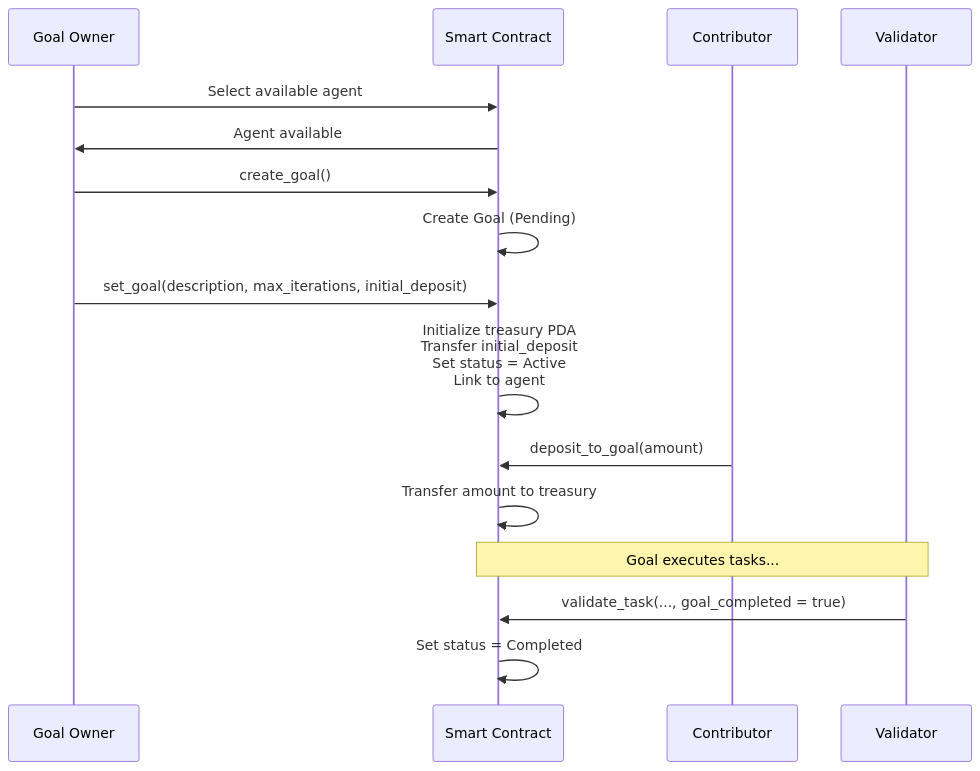
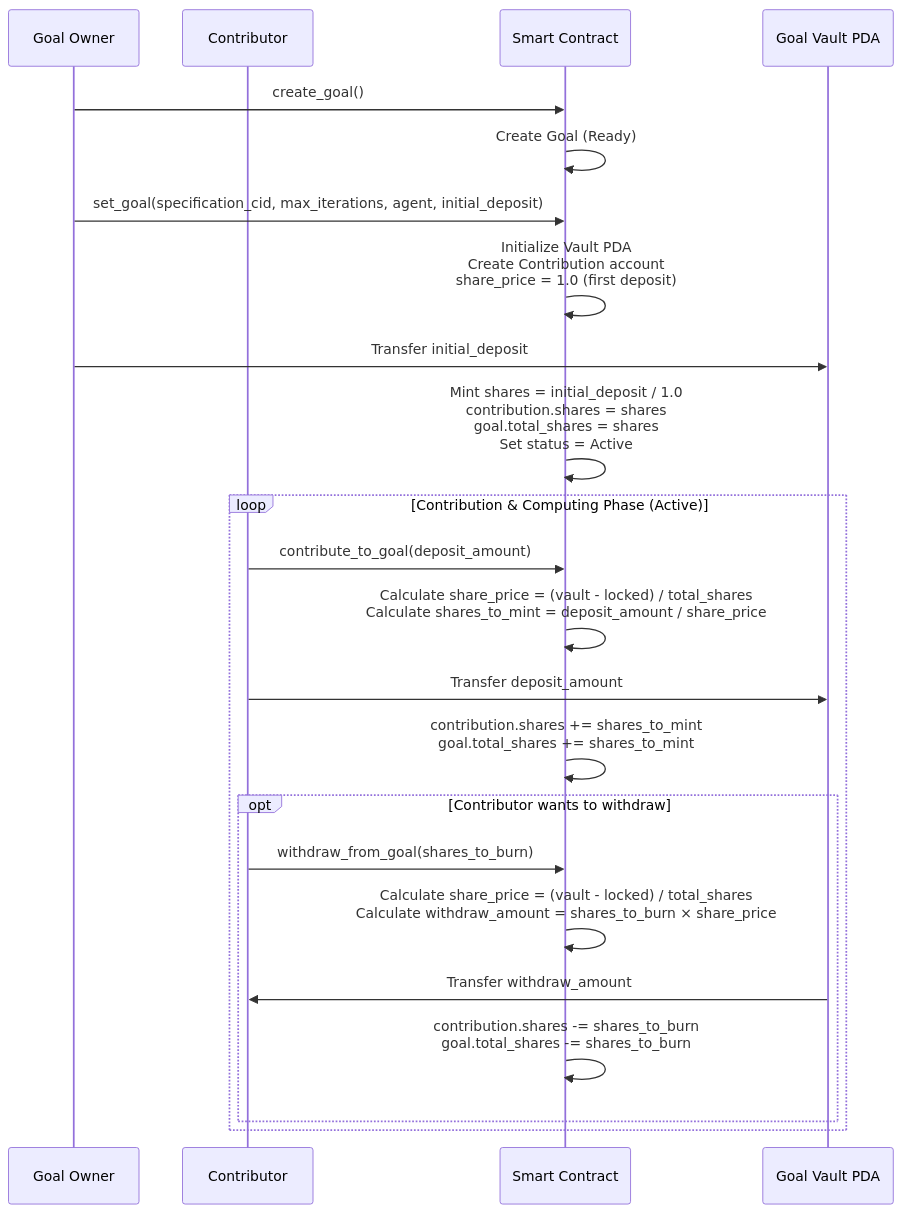
One commit to JorgeCosta87/decentralized-autonomous-computing changed the eighth of 13 diagrams in docs/design.md. Above: the diagram before and after it, drawn with Mermaid. The commit also changed other lines of this file and 55 other files, not shown here.

````diff
--- a/docs/design.md
+++ b/docs/design.md
@@ -340,24 +389,30 @@
 ```mermaid
 sequenceDiagram
     participant Owner as Goal Owner
+    participant Contributor as Contributor
     participant DAC as Smart Contract
-    participant Contributor as Contributor
-    participant VN as Validator
-    
-    Owner->>DAC: Select available agent
-    DAC->>Owner: Agent available
+    participant Vault as Goal Vault PDA
     
     Owner->>DAC: create_goal()
-    DAC->>DAC: Create Goal (Pending)
+    DAC->>DAC: Create Goal (Ready)
     
-    Owner->>DAC: set_goal(description, max_iterations, initial_deposit)
-    DAC->>DAC: Initialize treasury PDA<br/>Transfer initial_deposit<br/>Set status = Active<br/>Link to agent
+    Owner->>DAC: set_goal(specification_cid, max_iterations, agent, initial_deposit)
+    DAC->>DAC: Initialize Vault PDA<br/>Create Contribution account<br/>share_price = 1.0 (first deposit)
+    Owner->>Vault: Transfer initial_deposit
+    DAC->>DAC: Mint shares = initial_deposit / 1.0<br/>contribution.shares = shares<br/>goal.total_shares = shares<br/>Set status = Active
     
-    Contributor->>DAC: deposit_to_goal(amount)
-    DAC->>DAC: Transfer amount to treasury
+    loop Contribution & Computing Phase (Active)
+        Contributor->>DAC: contribute_to_goal(deposit_amount)
+        DAC->>DAC: Calculate share_price = (vault - locked) / total_shares<br/>Calculate shares_to_mint = deposit_amount / share_price
+        Contributor->>Vault: Transfer deposit_amount
+        DAC->>DAC: contribution.shares += shares_to_mint<br/>goal.total_shares += shares_to_mint
+        
+        opt Contributor wants to withdraw
+            Contributor->>DAC: withdraw_from_goal(shares_to_burn)
+            DAC->>DAC: Calculate share_price = (vault - locked) / total_shares<br/>Calculate withdraw_amount = shares_to_burn × share_price
+            Vault->>Contributor: Transfer withdraw_amount
+            DAC->>DAC: contribution.shares -= shares_to_burn<br/>goal.total_shares -= shares_to_burn
+        end
+    end
     
-    Note over DAC,VN: Goal executes tasks...
-    
-    VN->>DAC: validate_task(..., goal_completed = true)
-    DAC->>DAC: Set status = Completed
 ```
````
